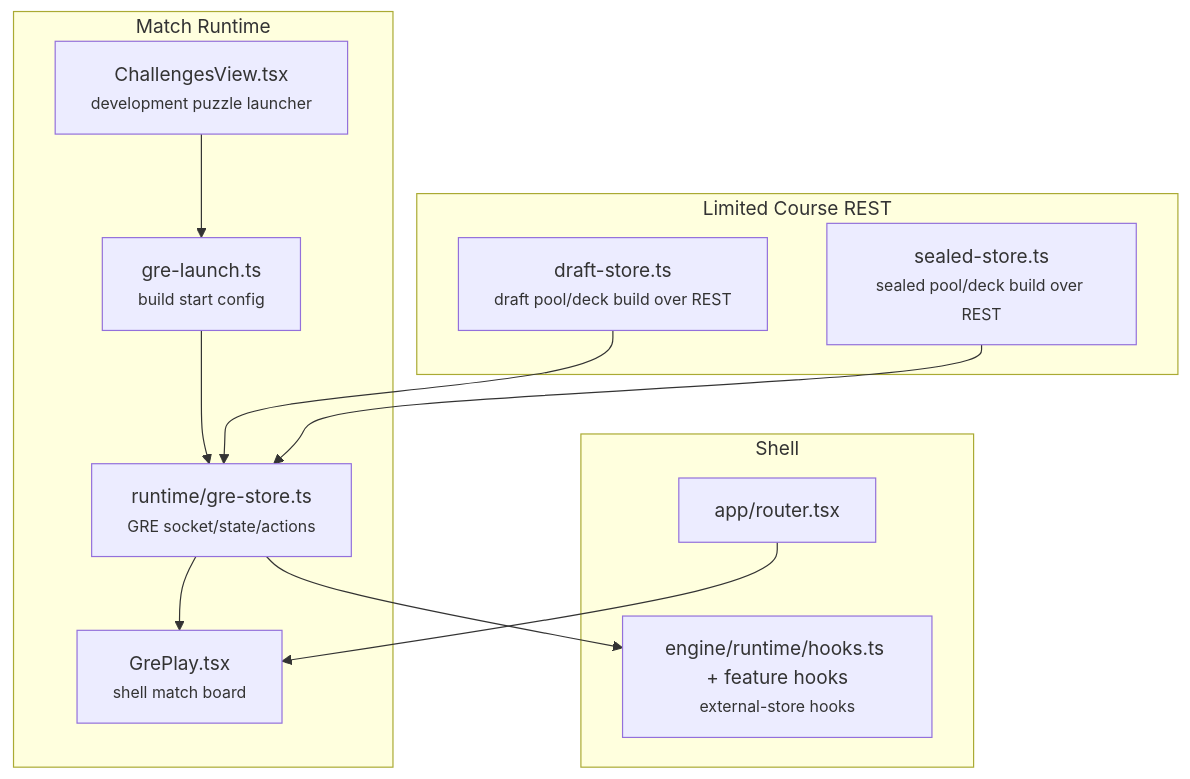
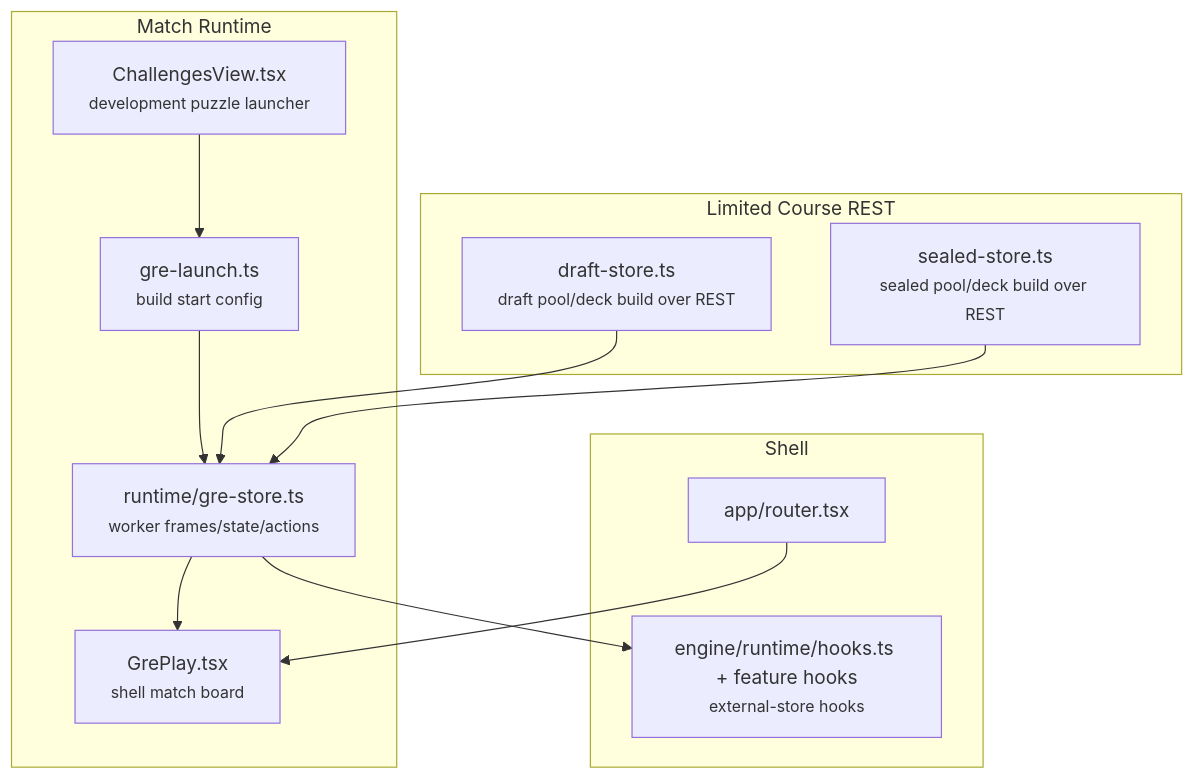
One commit to delebedev/forge-web changed the diagram in docs/architecture.md. Above: the diagram before and after it, drawn with Mermaid. The commit also changed other lines of this file and 223 other files, not shown here.

````diff
--- a/docs/architecture.md
+++ b/docs/architecture.md
@@ -8,27 +9,27 @@
 ```mermaid
 graph TB
     subgraph "Match Runtime"
         GRE_LAUNCH["gre-launch.ts<br/><small>build start config</small>"]
-        GRE_STORE["runtime/gre-store.ts<br/><small>GRE socket/state/actions</small>"]
+        GRE_STORE["runtime/gre-store.ts<br/><small>worker frames/state/actions</small>"]
         GRE_VIEW["GrePlay.tsx<br/><small>shell match board</small>"]
         CHALLENGES["ChallengesView.tsx<br/><small>development puzzle launcher</small>"]
     end
 
     subgraph "Limited Course REST"
         DRAFT["draft-store.ts<br/><small>draft pool/deck build over REST</small>"]
         SEALED["sealed-store.ts<br/><small>sealed pool/deck build over REST</small>"]
     end
 
     subgraph "Shell"
         ROUTER["app/router.tsx"]
         CHROME["engine/runtime/hooks.ts + feature hooks<br/><small>external-store hooks</small>"]
     end
 
     GRE_LAUNCH --> GRE_STORE
     GRE_STORE --> GRE_VIEW
     CHALLENGES --> GRE_LAUNCH
     GRE_STORE --> CHROME
     DRAFT --> GRE_STORE
     SEALED --> GRE_STORE
     ROUTER --> GRE_VIEW
 ```
````
